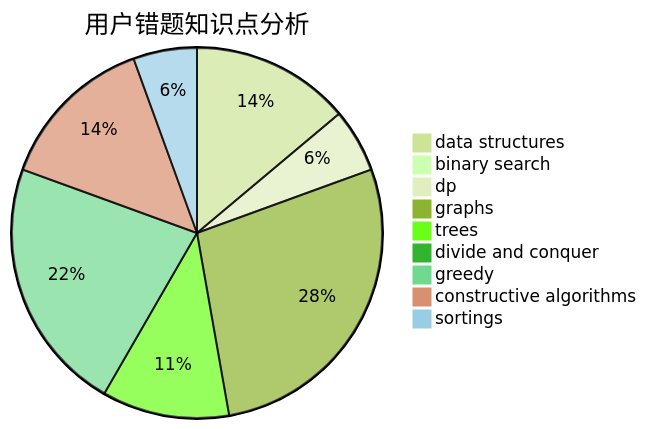
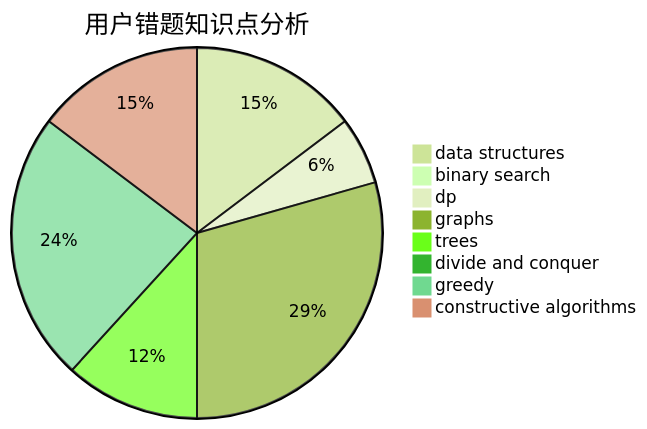
One commit to sherpahu/cfrs.github.io changed the third of 3 diagrams in docs/user/u1642.md. Above: the diagram before and after it, drawn with Mermaid (forest theme). The commit also changed other lines of this file and 2769 other files, not shown here.

````diff
--- a/docs/user/u1642.md
+++ b/docs/user/u1642.md
@@ -32,12 +31,11 @@
 ```mermaid
 pie title 用户错题知识点分析
     "data structures" :  5
     "binary search" :  0
     "dp" :  2
     "graphs" :  10
     "trees" :  4
     "divide and conquer" :  0
     "greedy" :  8
     "constructive algorithms" :  5
-    "sortings" :  2
 ```
````
